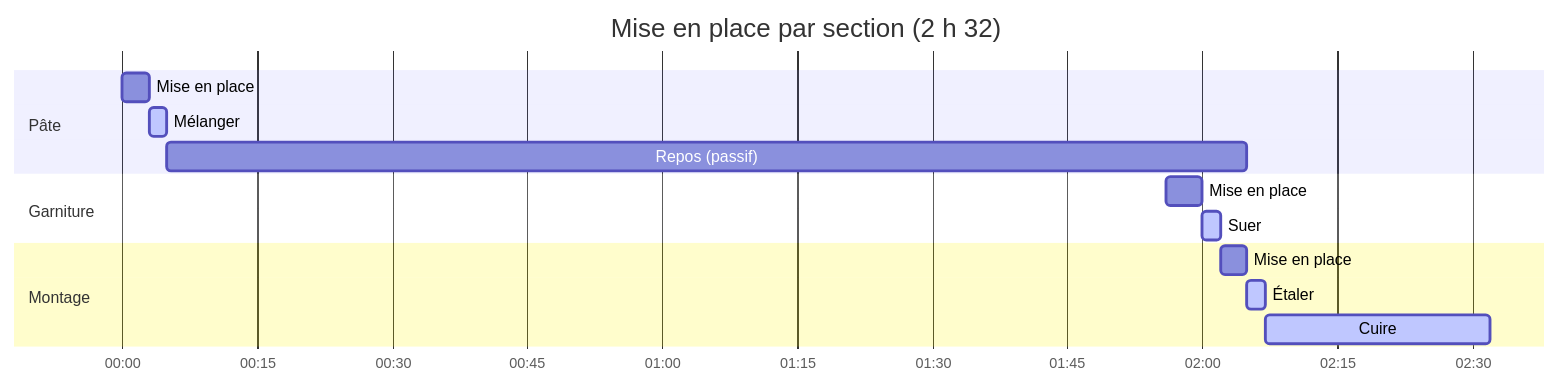
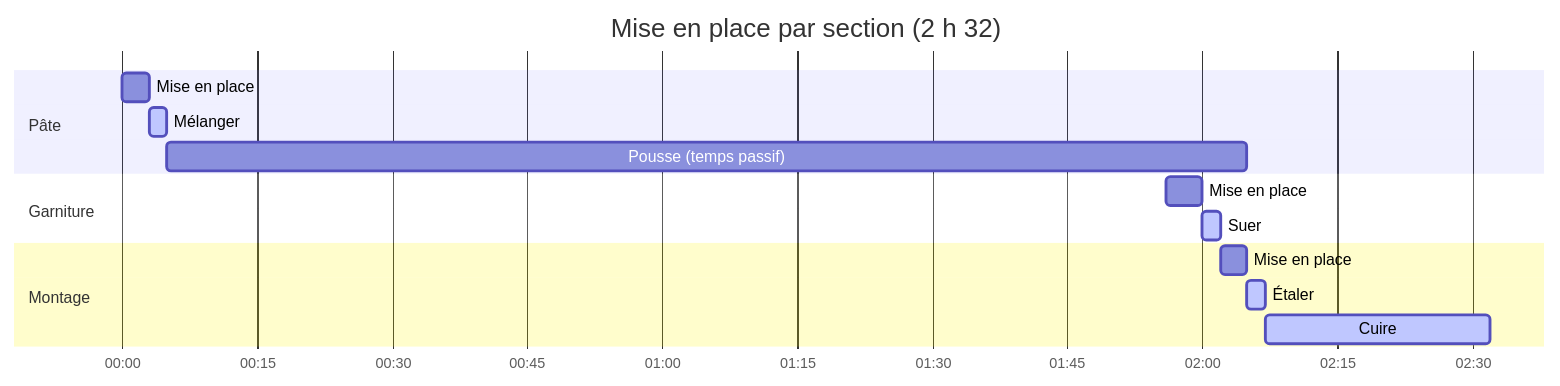
The third of 5 diagrams in packages/docs/src/content/docs/fr/docs/explanation/alap-scheduling.mdx (gram-lang/gram), drawn with Mermaid before and after one commit. The commit also changed other lines of this file and 126 other files, not shown here.

````diff
--- a/packages/docs/src/content/docs/fr/docs/explanation/alap-scheduling.mdx
+++ b/packages/docs/src/content/docs/fr/docs/explanation/alap-scheduling.mdx
@@ -100,18 +101,18 @@
 ```mermaid
 gantt
     title Mise en place par section (2 h 32)
     dateFormat  HH:mm
     axisFormat %H:%M
     todayMarker off
     section Pâte
     Mise en place                     : p1, 00:00, 3m
     Mélanger                          : active, a1, 00:03, 2m
-    Repos (passif)                    : r1, 00:05, 120m
+    Pousse (temps passif)             : r1, 00:05, 120m
     section Garniture
     Mise en place                     : p2, 01:56, 4m
     Suer                              : active, a2, 02:00, 2m
     section Montage
     Mise en place                     : p3, 02:02, 3m
     Étaler                            : active, a3, 02:05, 2m
     Cuire                             : active, a4, 02:07, 25m
 ```
````
